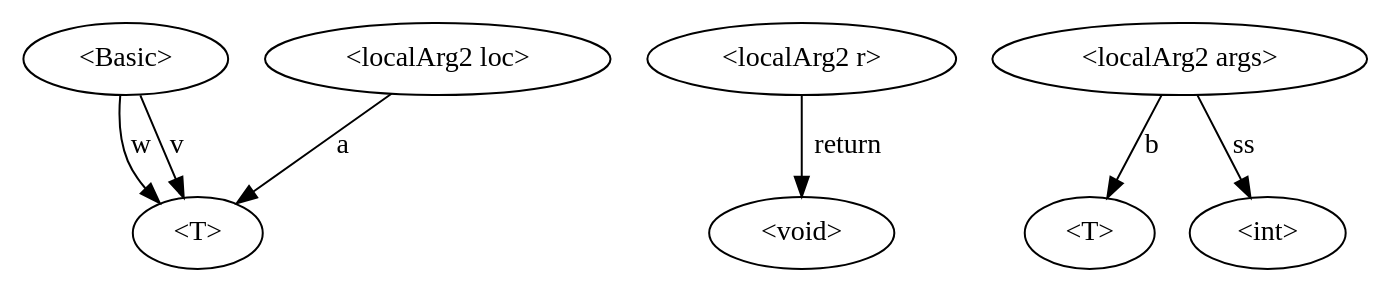
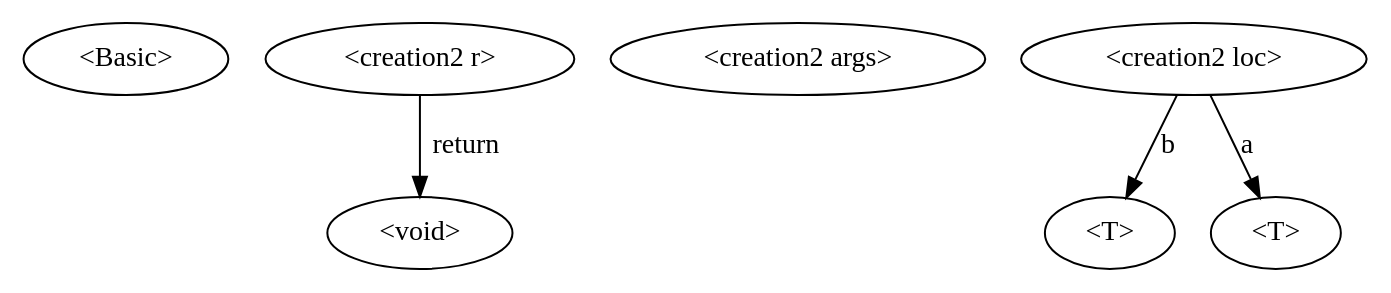
Before and after one commit to varivera/aliasing-java: the diagram in AliasingImpl/source/test.dot, drawn with Graphviz. The commit also changed 7 other files, not shown here.

```diff
--- a/AliasingImpl/source/test.dot
+++ b/AliasingImpl/source/test.dot
@@ -1,17 +1,12 @@
 digraph G {
-n0->n8 [label="w"]
-n0->n8 [label="v"]
 n0[label="<Basic>"]
-n8[label="<T>"]
 n3->n4 [label="return"]
-n3[label="<localArg2 r>"]
+n3[label="<creation2 r>"]
 n4[label="<void>"]
-n1->n5 [label="b"]
-n1->n6 [label="ss"]
-n1[label="<localArg2 args>"]
+n1[label="<creation2 args>"]
+n2->n6 [label="b"]
+n2->n5 [label="a"]
+n2[label="<creation2 loc>"]
 n5[label="<T>"]
-n6[label="<int>"]
-n2->n8 [label="a"]
-n2[label="<localArg2 loc>"]
-n8[label="<T>"]
+n6[label="<T>"]
 }
```
